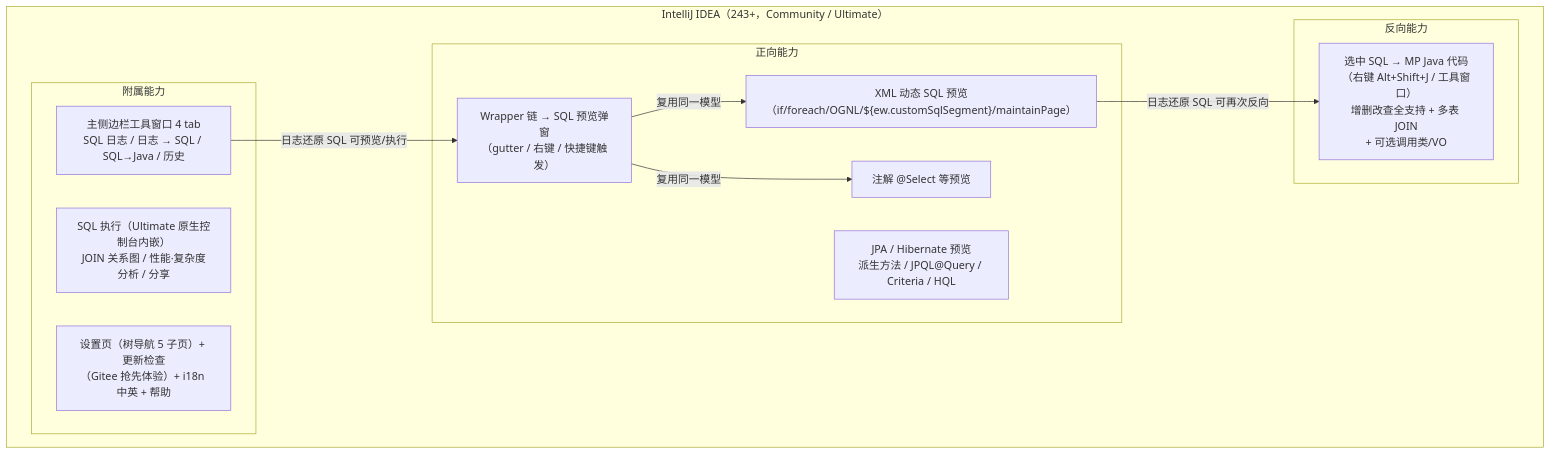
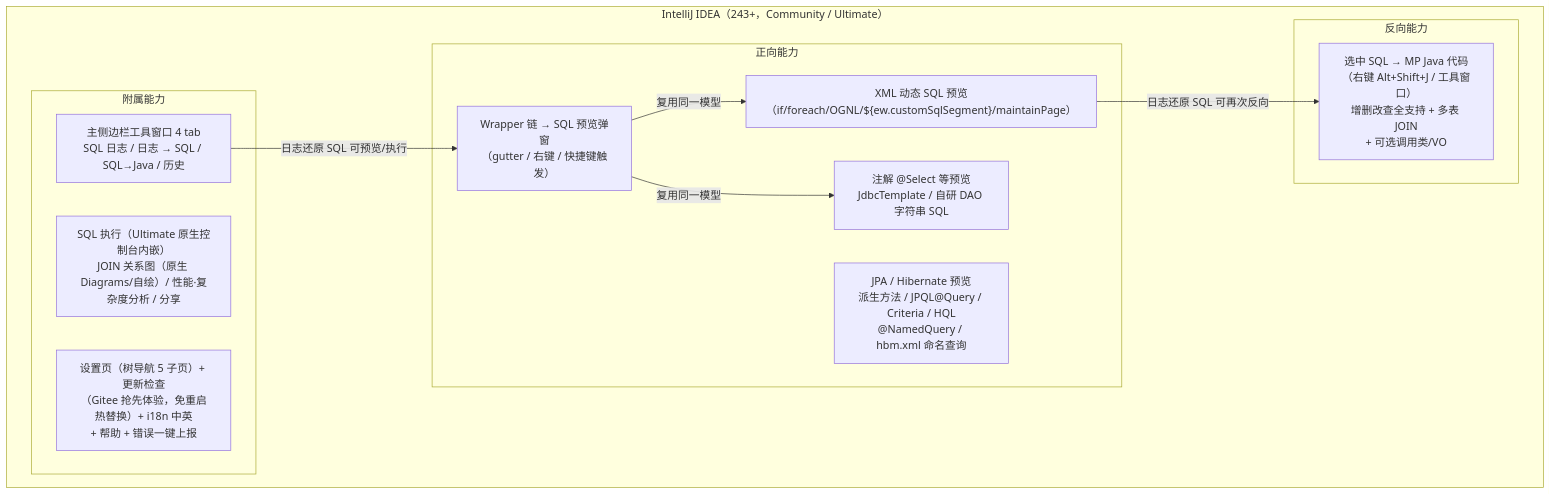
The first of 5 diagrams in docs/架构设计/01-项目架构总览.md (JayF211/mybatis-plus-sql-visualizer), drawn with Mermaid before and after one commit. The commit also changed other lines of this file and 4 other files, not shown here.

Commit message:
docs: 架构设计系列同步 dev 当前基线——触发面 gutter 9→13、JOIN 原生 Diagrams 双引擎（§7 新章）/免重启热替换 DynamicInstallSupport（自更新重写）/历史参数持久化 v2/psource·feedback 新包入册、ConverterRegistry 10→11+EQ/MDS/QD 前置派发、测试基线 295类/3788用例（2026-09-12）、发布流程免重启口径与 262 签名护栏、触发面清单补 3 provider 行、EXPLAIN 汉化文案

````diff
--- a/docs/架构设计/01-项目架构总览.md
+++ b/docs/架构设计/01-项目架构总览.md
@@ -17,23 +17,23 @@
 ```mermaid
 flowchart TD
     subgraph IDE["IntelliJ IDEA（243+，Community / Ultimate）"]
         subgraph 正向能力
             F1["Wrapper 链 → SQL 预览弹窗<br/>（gutter / 右键 / 快捷键触发）"]
             F2["XML 动态 SQL 预览<br/>（if/foreach/OGNL/${ew.customSqlSegment}/maintainPage）"]
-            F3["注解 @Select 等预览"]
-            F4["JPA / Hibernate 预览<br/>派生方法 / JPQL@Query / Criteria / HQL"]
+            F3["注解 @Select 等预览<br/>JdbcTemplate / 自研 DAO 字符串 SQL"]
+            F4["JPA / Hibernate 预览<br/>派生方法 / JPQL@Query / Criteria / HQL<br/>@NamedQuery / hbm.xml 命名查询"]
         end
         subgraph 反向能力
             R1["选中 SQL → MP Java 代码<br/>（右键 Alt+Shift+J / 工具窗口）<br/>增删改查全支持 + 多表 JOIN<br/>+ 可选调用类/VO"]
         end
         subgraph 附属能力
             S1["主侧边栏工具窗口 4 tab<br/>SQL 日志 / 日志 → SQL / SQL→Java / 历史"]
-            S2["SQL 执行（Ultimate 原生控制台内嵌）<br/>JOIN 关系图 / 性能·复杂度分析 / 分享"]
-            S3["设置页（树导航 5 子页）+ 更新检查<br/>（Gitee 抢先体验）+ i18n 中英 + 帮助"]
+            S2["SQL 执行（Ultimate 原生控制台内嵌）<br/>JOIN 关系图（原生 Diagrams/自绘）/ 性能·复杂度分析 / 分享"]
+            S3["设置页（树导航 5 子页）+ 更新检查<br/>（Gitee 抢先体验，免重启热替换）+ i18n 中英<br/>+ 帮助 + 错误一键上报"]
         end
     end
     F1 -->|"复用同一模型"| F2
     F1 -->|"复用同一模型"| F3
     F2 -->|"日志还原 SQL 可再次反向"| R1
     S1 -->|"日志还原 SQL 可预览/执行"| F1
 ```
````
